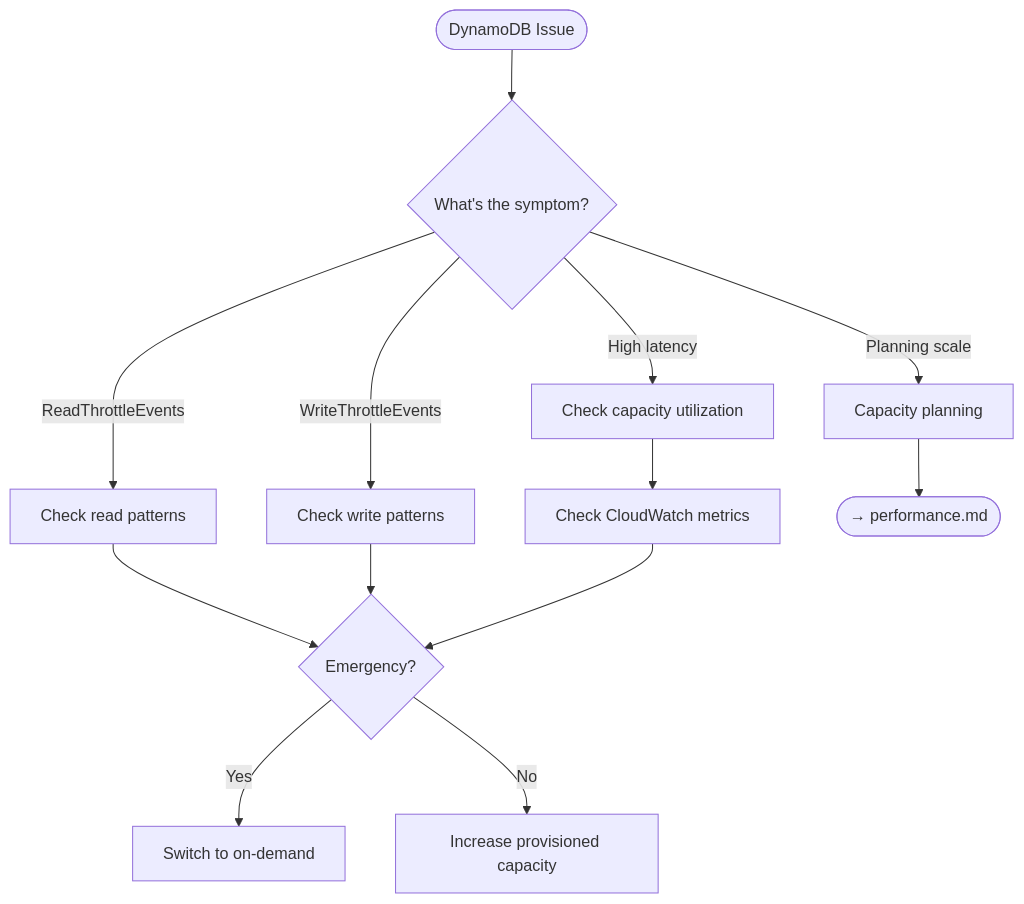
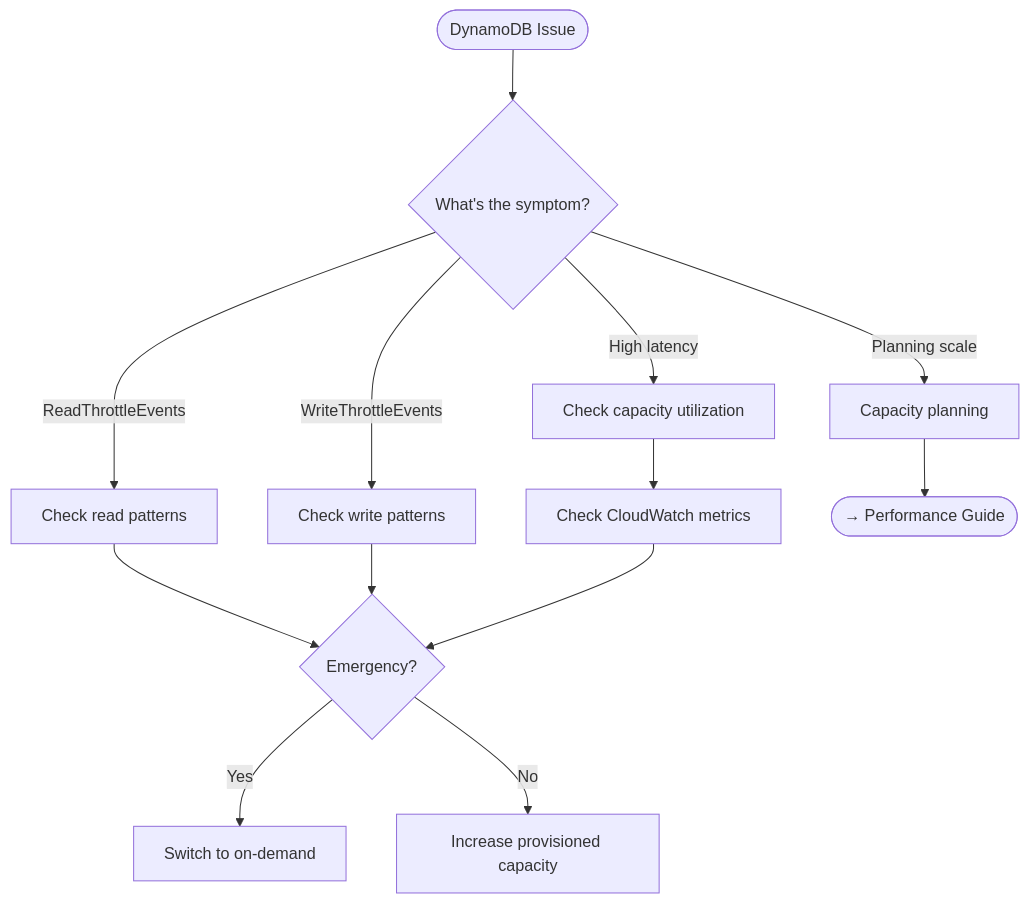
One commit to zeroae/zae-limiter changed the diagram in docs/operations/dynamodb.md. Above: the diagram before and after it, drawn with Mermaid. The commit also changed 8 other files, not shown here.

````diff
--- a/docs/operations/dynamodb.md
+++ b/docs/operations/dynamodb.md
@@ -7,19 +7,27 @@
 ```mermaid
 flowchart TD
     START([DynamoDB Issue]) --> Q1{What's the symptom?}
 
     Q1 -->|ReadThrottleEvents| A1[Check read patterns]
     Q1 -->|WriteThrottleEvents| A2[Check write patterns]
     Q1 -->|High latency| A3[Check capacity utilization]
     Q1 -->|Planning scale| A4[Capacity planning]
 
     A1 --> FIX1{Emergency?}
     A2 --> FIX1
     FIX1 -->|Yes| EMERGENCY[Switch to on-demand]
     FIX1 -->|No| PLAN[Increase provisioned capacity]
 
     A3 --> CHECK[Check CloudWatch metrics]
     CHECK --> FIX1
 
-    A4 --> LINK([→ performance.md])
+    A4 --> LINK([→ Performance Guide])
+
+    click A1 "#throttling" "Diagnose throttling"
+    click A2 "#throttling" "Diagnose throttling"
+    click A3 "#capacity-planning" "Check capacity"
+    click EMERGENCY "#emergency-on-demand" "Switch to on-demand"
+    click PLAN "#scaling-procedures" "Scale capacity"
+    click CHECK "#diagnostic-queries" "View metrics"
+    click LINK "../performance/" "Capacity planning guide"
 ```
````
